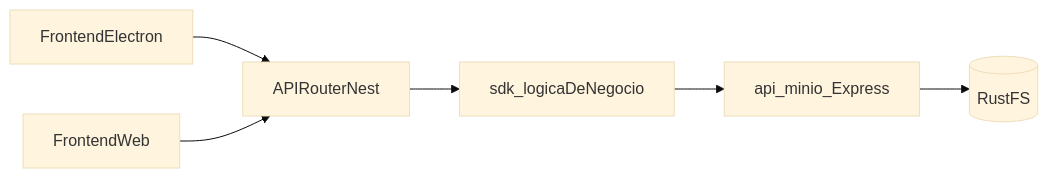
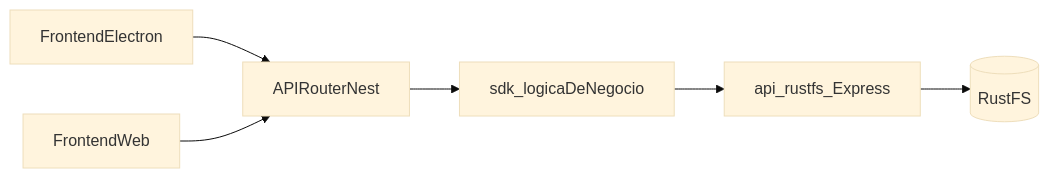
The first of 2 diagrams in docs/ARCHITECTURE.md (venturars/aTempo), drawn with Mermaid (base theme) before and after one commit. The commit also changed other lines of this file and 22 other files, not shown here.

First line of the commit message:
refactor: rename api-minio package directory to api-rustfs

````diff
--- a/docs/ARCHITECTURE.md
+++ b/docs/ARCHITECTURE.md
@@ -13,14 +13,14 @@
 ```mermaid
 flowchart LR
   electron[FrontendElectron]
   web[FrontendWeb]
   router[APIRouterNest]
   sdk[sdk_logicaDeNegocio]
-  objectApi[api_minio_Express]
+  objectApi[api_rustfs_Express]
   rustfs[(RustFS)]
   electron --> router
   web --> router
   router --> sdk
   sdk --> objectApi
   objectApi --> rustfs
 ```
````
